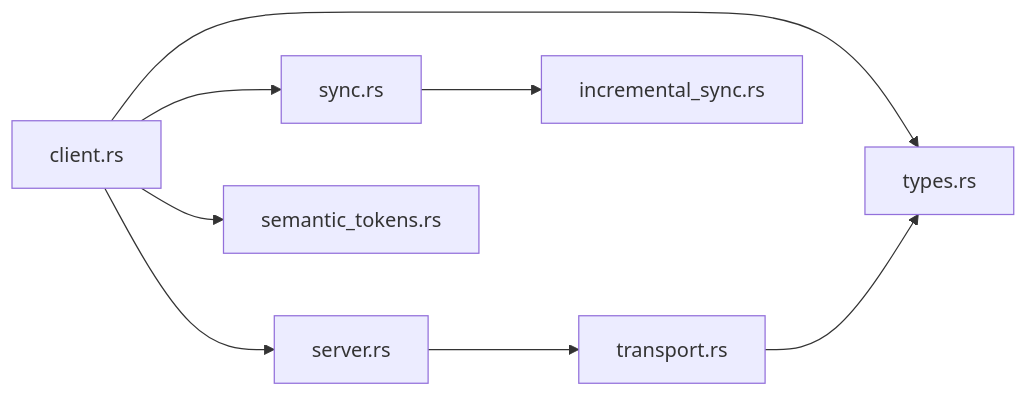
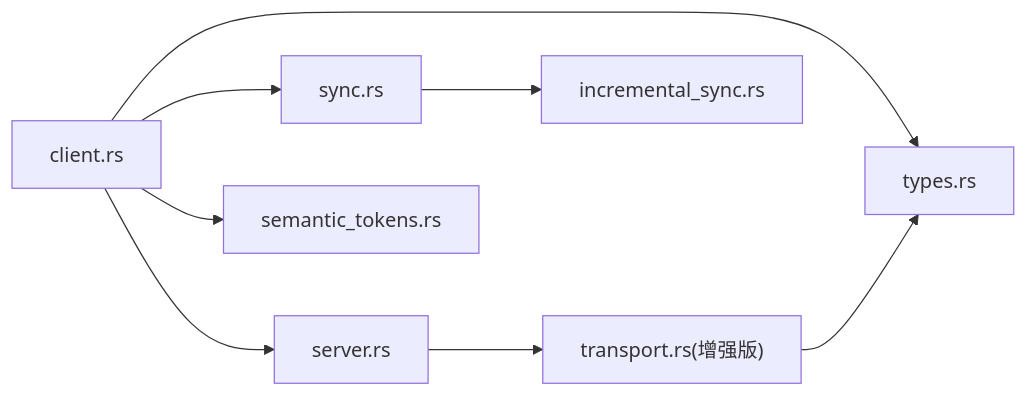
Before and after one commit to songdiyang/AetherStudio: the ninth of 9 diagrams in .qoder/repowiki/zh/content/架构设计/语言服务集成/LSP 客户端实现.md, drawn with Mermaid. The commit also changed other lines of this file and 25 other files, not shown here.

````diff
--- a/.qoder/repowiki/zh/content/架构设计/语言服务集成/LSP 客户端实现.md
+++ b/.qoder/repowiki/zh/content/架构设计/语言服务集成/LSP 客户端实现.md
@@ -358,10 +393,10 @@
 ```mermaid
 graph LR
 Client["client.rs"] --> Server["server.rs"]
 Client --> Sync["sync.rs"]
 Client --> Types["types.rs"]
 Client --> SemTok["semantic_tokens.rs"]
-Server --> Transport["transport.rs"]
+Server --> Transport["transport.rs(增强版)"]
 Transport --> Types
 Sync --> IncSync["incremental_sync.rs"]
 ```
````
